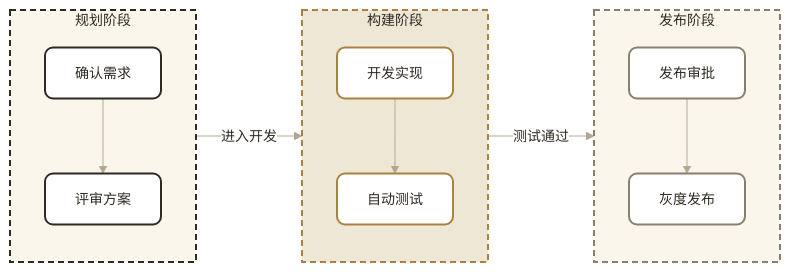
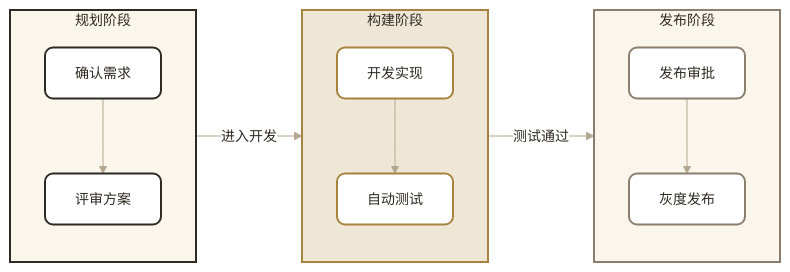
Before and after one commit to from-void/qingagent: the diagram in packages/core/skills/capability/diagram-viz/references/templates.md, drawn with Mermaid. The commit also changed 24 other files, not shown here.

Commit message:
fix(diagram): 修复布局继承与主题降级提示

````diff
--- a/packages/core/skills/capability/diagram-viz/references/templates.md
+++ b/packages/core/skills/capability/diagram-viz/references/templates.md
@@ -11,27 +11,27 @@
 ```mermaid
-%%{init: {'theme':'base','themeVariables':{'background':'#FAF6EC','primaryColor':'#FFFFFF','primaryBorderColor':'#2F2A22','primaryTextColor':'#2F2A22','lineColor':'#B3A791','edgeLabelBackground':'#FFFFFF','textColor':'#2F2A22','fontSize':'14px'}}}%%
+%%{init: {'theme':'base','themeVariables':{'background':'#FAF6EC','primaryColor':'#FFFFFF','primaryBorderColor':'#2F2A22','primaryTextColor':'#2F2A22','mainBkg':'#FFFFFF','nodeBorder':'#2F2A22','clusterBkg':'#EFE7D6','clusterBorder':'#2F2A22','lineColor':'#B3A791','edgeLabelBackground':'#FFFFFF','textColor':'#2F2A22','fontSize':'14px'}}}%%
 flowchart LR
   subgraph planGroup["规划阶段"]
     direction TB
     requirement["确认需求"] --> design["评审方案"]
   end
   subgraph buildGroup["构建阶段"]
     direction TB
     develop["开发实现"] --> test["自动测试"]
   end
   subgraph releaseGroup["发布阶段"]
     direction TB
     approve["发布审批"] --> deploy["灰度发布"]
   end
   design -->|进入开发| develop
   test -->|测试通过| approve
   classDef planNode fill:#FFFFFF,stroke:#2F2A22,stroke-width:2px,color:#2F2A22,rx:8px,ry:8px
   classDef buildNode fill:#FFFFFF,stroke:#A8823F,stroke-width:2px,color:#2F2A22,rx:8px,ry:8px
   classDef releaseNode fill:#FFFFFF,stroke:#8A7F6E,stroke-width:2px,color:#2F2A22,rx:8px,ry:8px
   class requirement,design planNode
   class develop,test buildNode
   class approve,deploy releaseNode
-  style planGroup fill:#FAF6EC,stroke:#2F2A22,stroke-width:2px,stroke-dasharray:6 4,color:#2F2A22
-  style buildGroup fill:#EFE7D6,stroke:#A8823F,stroke-width:2px,stroke-dasharray:6 4,color:#2F2A22
-  style releaseGroup fill:#FAF6EC,stroke:#8A7F6E,stroke-width:2px,stroke-dasharray:6 4,color:#2F2A22
+  style planGroup fill:#FAF6EC,stroke:#2F2A22,stroke-width:2px,color:#2F2A22
+  style buildGroup fill:#EFE7D6,stroke:#A8823F,stroke-width:2px,color:#2F2A22
+  style releaseGroup fill:#FAF6EC,stroke:#8A7F6E,stroke-width:2px,color:#2F2A22
 ```
````
